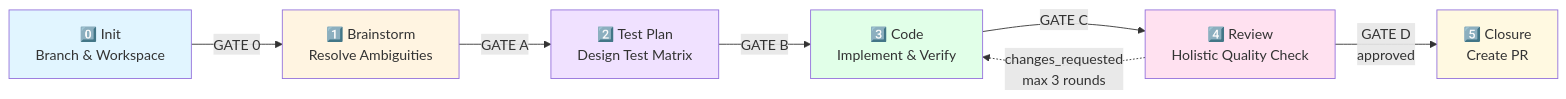
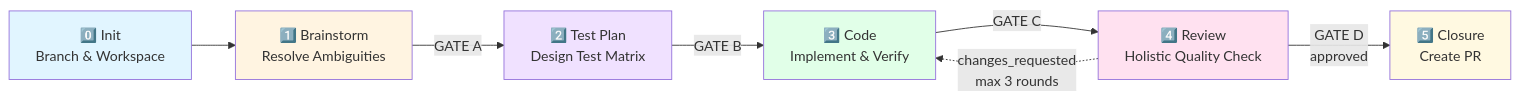
The diagram in plugins/arcus/skills/arcus-guide/assets/pipeline-explained.md (piyushbhargava1412/arcus-plugin), drawn with Mermaid before and after one commit. The commit also changed other lines of this file and 8 other files, not shown here.

````diff
--- a/plugins/arcus/skills/arcus-guide/assets/pipeline-explained.md
+++ b/plugins/arcus/skills/arcus-guide/assets/pipeline-explained.md
@@ -9,16 +9,16 @@
 ```mermaid
 graph LR
-    Init[0️⃣ Init<br/>Branch & Workspace] -->|GATE 0| Brainstorm[1️⃣ Brainstorm<br/>Resolve Ambiguities]
+    Init[0️⃣ Init<br/>Branch & Workspace] --> Brainstorm[1️⃣ Brainstorm<br/>Resolve Ambiguities]
     Brainstorm -->|GATE A| TestPlan[2️⃣ Test Plan<br/>Design Test Matrix]
     TestPlan -->|GATE B| Code[3️⃣ Code<br/>Implement & Verify]
     Code -->|GATE C| Review[4️⃣ Review<br/>Holistic Quality Check]
     Review -->|GATE D<br/>approved| Closure[5️⃣ Closure<br/>Create PR]
     Review -.->|changes_requested<br/>max 3 rounds| Code
     
     style Init fill:#e1f5ff
     style Brainstorm fill:#fff4e1
     style TestPlan fill:#f0e1ff
     style Code fill:#e1ffe8
     style Review fill:#ffe1f0
     style Closure fill:#fff9e1
 ```
````
